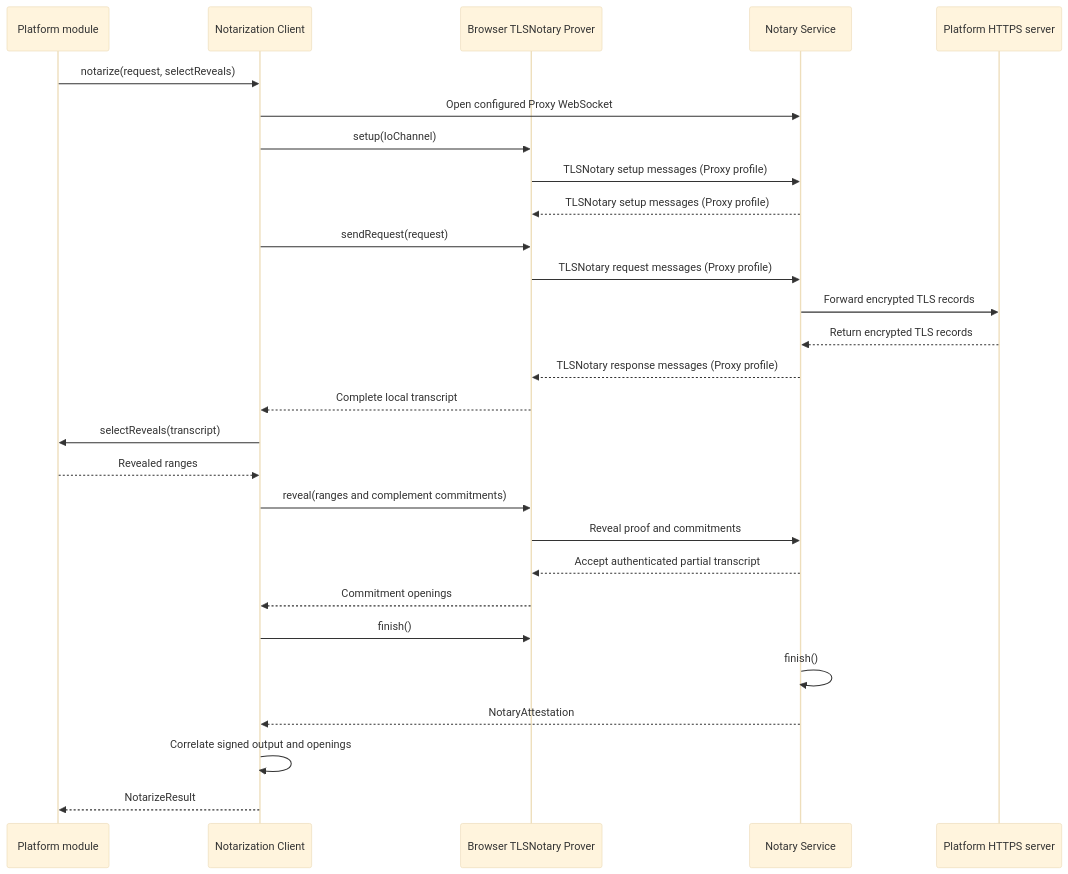
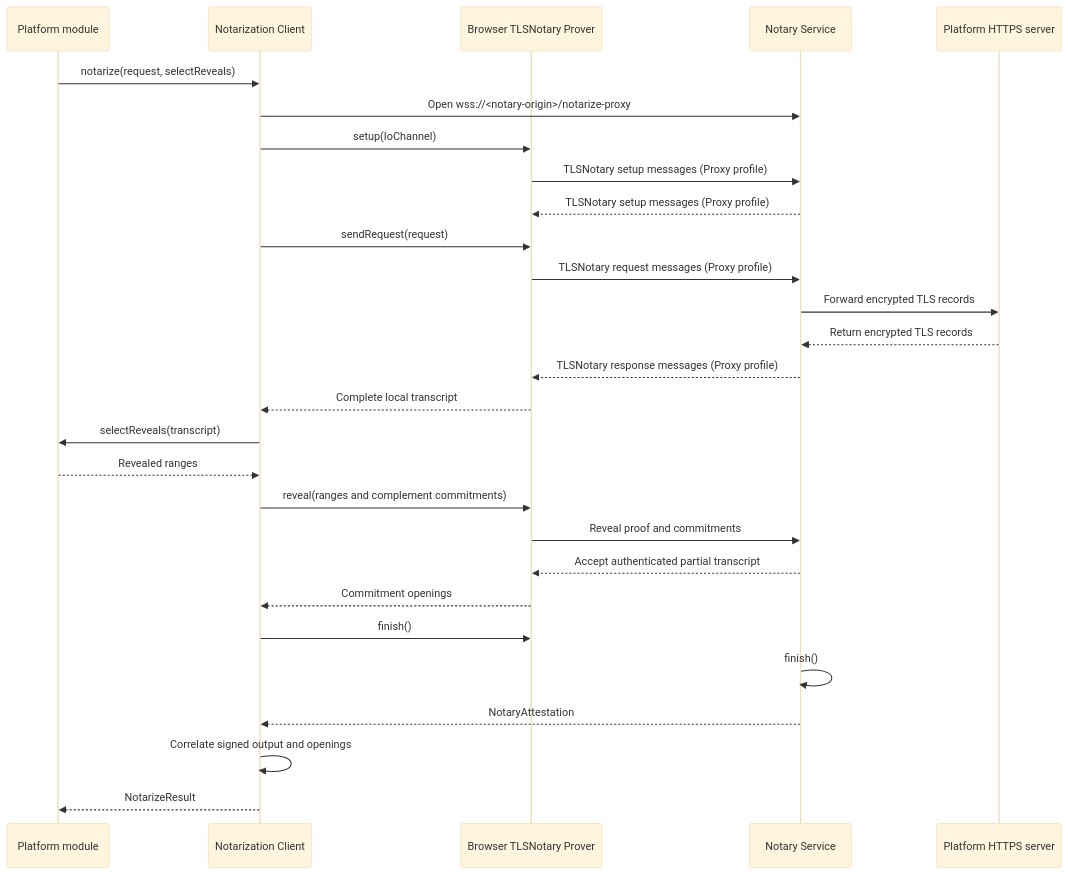
The diagram in ts/packages/ceremony/NOTARIZATION.md (libid-org/libid), drawn with Mermaid (base theme) before and after one commit. The commit also changed other lines of this file and 6 other files, not shown here.

````diff
--- a/ts/packages/ceremony/NOTARIZATION.md
+++ b/ts/packages/ceremony/NOTARIZATION.md
@@ -184,31 +211,31 @@
 ```mermaid
 sequenceDiagram
     participant M as Platform module
     participant T as Notarization Client
     participant W as Browser TLSNotary Prover
     participant N as Notary Service
     participant P as Platform HTTPS server
 
     M->>T: notarize(request, selectReveals)
-    T->>N: Open configured Proxy WebSocket
+    T->>N: Open wss://<notary-origin>/notarize-proxy
     T->>W: setup(IoChannel)
     W->>N: TLSNotary setup messages (Proxy profile)
     N-->>W: TLSNotary setup messages (Proxy profile)
     T->>W: sendRequest(request)
     W->>N: TLSNotary request messages (Proxy profile)
     N->>P: Forward encrypted TLS records
     P-->>N: Return encrypted TLS records
     N-->>W: TLSNotary response messages (Proxy profile)
     W-->>T: Complete local transcript
     T->>M: selectReveals(transcript)
     M-->>T: Revealed ranges
     T->>W: reveal(ranges and complement commitments)
     W->>N: Reveal proof and commitments
     N-->>W: Accept authenticated partial transcript
     W-->>T: Commitment openings
     T->>W: finish()
     N->>N: finish()
     N-->>T: NotaryAttestation
     T->>T: Correlate signed output and openings
     T-->>M: NotarizeResult
 ```
````
